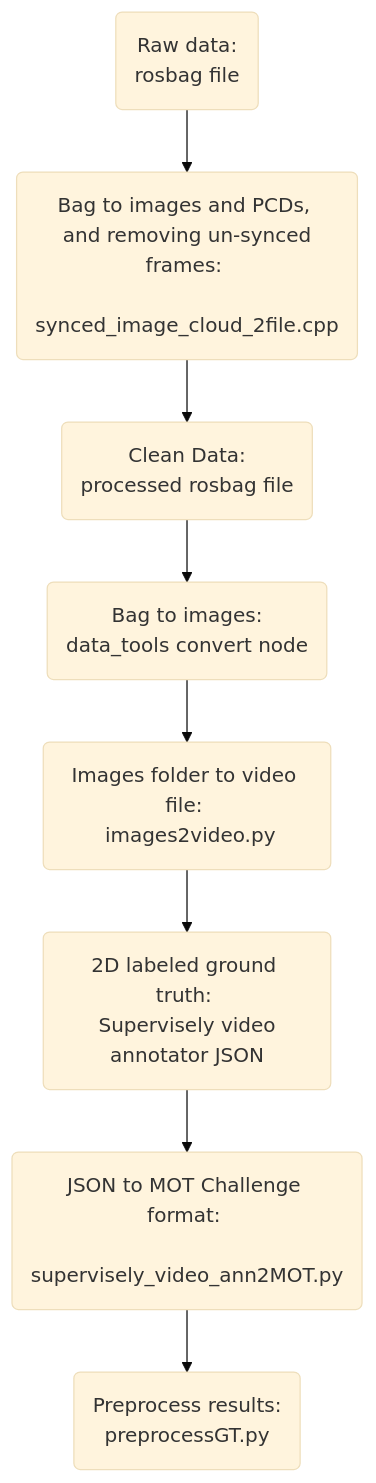
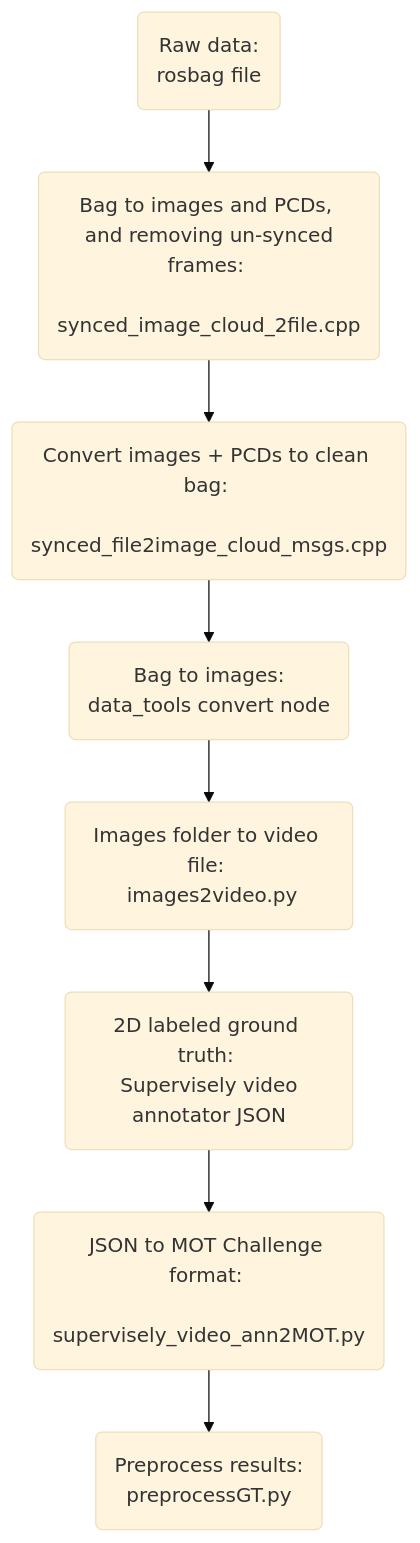
The first of 2 diagrams in Metrics/README.md (adrian-soch/cam_lidar_framework), drawn with Mermaid (base theme) before and after one commit.

````diff
--- a/Metrics/README.md
+++ b/Metrics/README.md
@@ -14,11 +14,10 @@
 ```mermaid
 graph TD;
     RawData(Raw data: \n rosbag file)-->Clean(Bag to images and PCDs, \n and removing un-synced frames: \n synced_image_cloud_2file.cpp);
     Clean-->Bag(Convert images + PCDs to clean bag: \n synced_file2image_cloud_msgs.cpp);
-
-    Bag(Clean Data: \n processed rosbag file)-->Trans(Bag to images: \n data_tools convert node);
+    Bag-->Trans(Bag to images: \n data_tools convert node);
     Trans-->Video(Images folder to video file: \n images2video.py);
     Video-->GroundTruth(2D labeled ground truth: \n Supervisely video annotator JSON);
     GroundTruth-->MOTChallenge(JSON to MOT Challenge format: \n supervisely_video_ann2MOT.py);
     MOTChallenge-->Processed(Preprocess results: \n preprocessGT.py);
 ```
````
